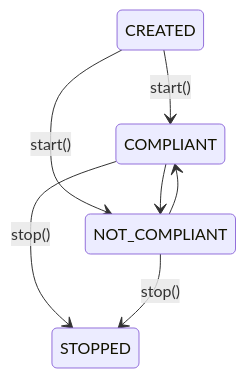
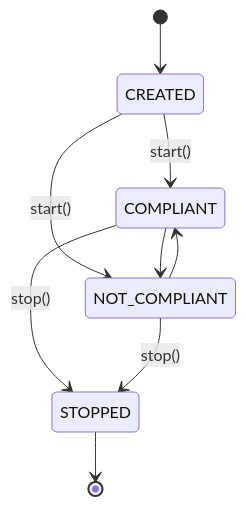
Before and after one commit to orbitalis-framework/py-orbitalis: the fourth of 8 diagrams in README.md, drawn with Mermaid. The commit also changed other lines of this file, not shown here.

````diff
--- a/README.md
+++ b/README.md
@@ -471,9 +473,11 @@
 ```mermaid
 stateDiagram-v2
+    [*] --> CREATED
     CREATED --> COMPLIANT: start()
     CREATED --> NOT_COMPLIANT: start()
     COMPLIANT --> NOT_COMPLIANT
     NOT_COMPLIANT --> COMPLIANT
     COMPLIANT --> STOPPED: stop()
     NOT_COMPLIANT --> STOPPED: stop()
+    STOPPED --> [*]
 ```
````
